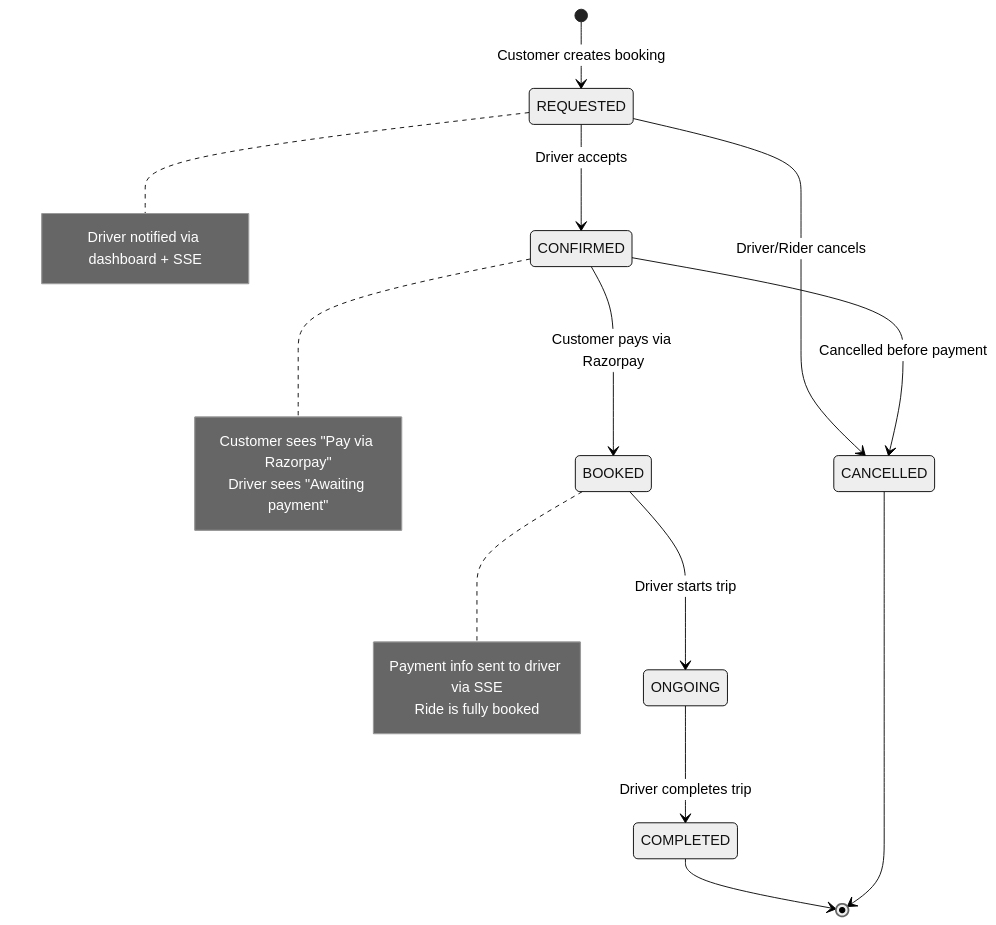
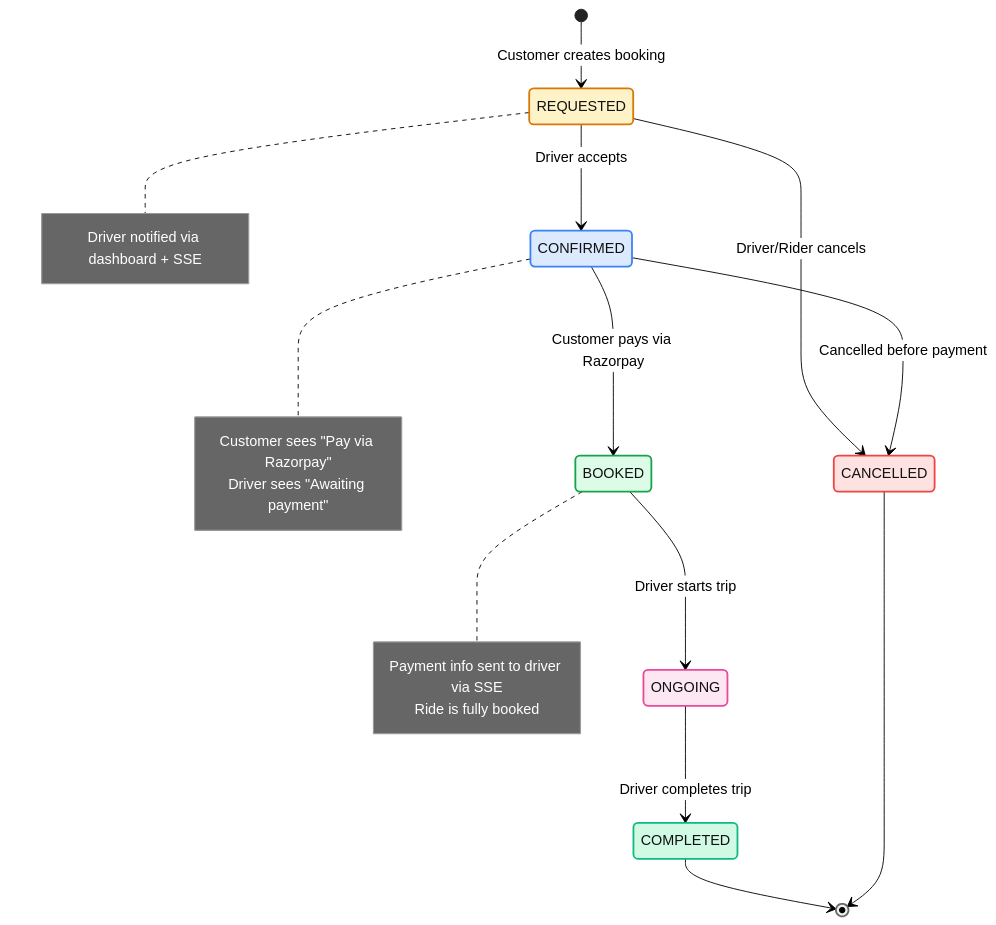
The second of 8 diagrams in README.md (maheshshinde9100/LocalCab), drawn with Mermaid (neutral theme) before and after one commit. The commit also changed other lines of this file and 2 other files, not shown here.

````diff
--- a/README.md
+++ b/README.md
@@ -65,24 +83,37 @@
 ```mermaid
 stateDiagram-v2
+    state REQUESTED
+    style REQUESTED fill:#fef3c7,stroke:#d97706,stroke-width:2px
+    state CONFIRMED
+    style CONFIRMED fill:#dbeafe,stroke:#3b82f6,stroke-width:2px
+    state BOOKED
+    style BOOKED fill:#dcfce7,stroke:#16a34a,stroke-width:2px
+    state ONGOING
+    style ONGOING fill:#fce7f3,stroke:#ec4899,stroke-width:2px
+    state COMPLETED
+    style COMPLETED fill:#d1fae5,stroke:#10b981,stroke-width:2px
+    state CANCELLED
+    style CANCELLED fill:#fee2e2,stroke:#ef4444,stroke-width:2px
+
     [*] --> REQUESTED: Customer creates booking
     REQUESTED --> CONFIRMED: Driver accepts
     REQUESTED --> CANCELLED: Driver/Rider cancels
     CONFIRMED --> BOOKED: Customer pays via Razorpay
     CONFIRMED --> CANCELLED: Cancelled before payment
     BOOKED --> ONGOING: Driver starts trip
     ONGOING --> COMPLETED: Driver completes trip
     COMPLETED --> [*]
     CANCELLED --> [*]
 
     note right of REQUESTED
         Driver notified via dashboard + SSE
     end note
     note right of CONFIRMED
         Customer sees "Pay via Razorpay"
         Driver sees "Awaiting payment"
     end note
     note right of BOOKED
         Payment info sent to driver via SSE
         Ride is fully booked
     end note
 ```
````
